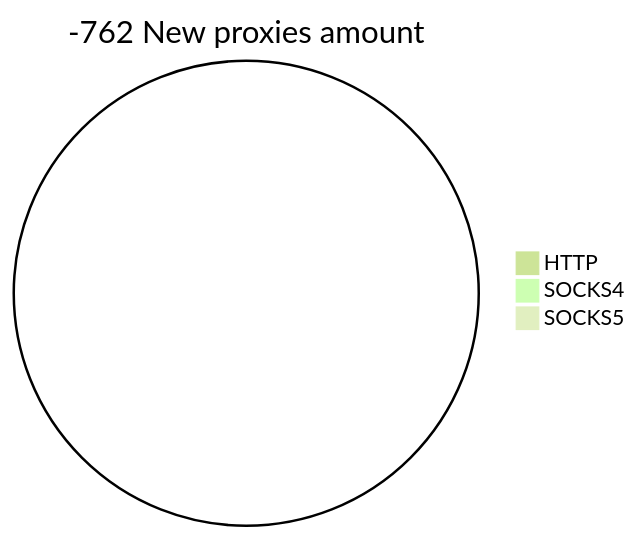
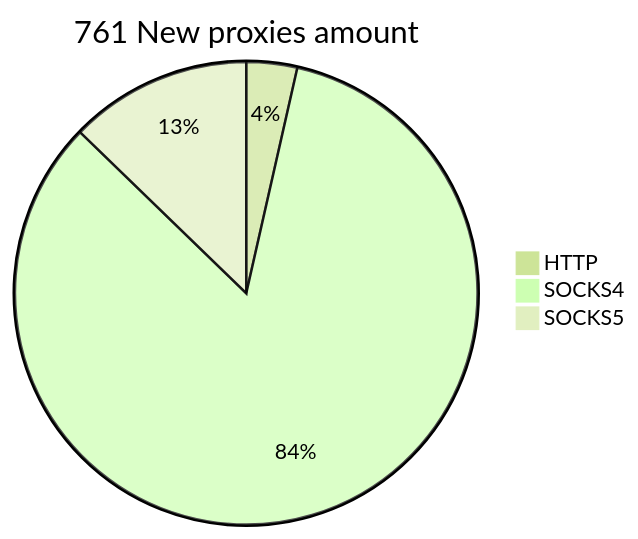
One commit to cutipu/proxylist changed the second of 2 diagrams in README.md. Above: the diagram before and after it, drawn with Mermaid (forest theme). The commit also changed other lines of this file, not shown here.

````diff
--- a/README.md
+++ b/README.md
@@ -10,6 +10,6 @@
 ```mermaid
-pie title -762 New proxies amount
-    "HTTP" : 0
-    "SOCKS4" : 0
-    "SOCKS5" : 0
+pie title 761 New proxies amount
+    "HTTP" : 27
+    "SOCKS4" : 637
+    "SOCKS5" : 97
 ```
````
